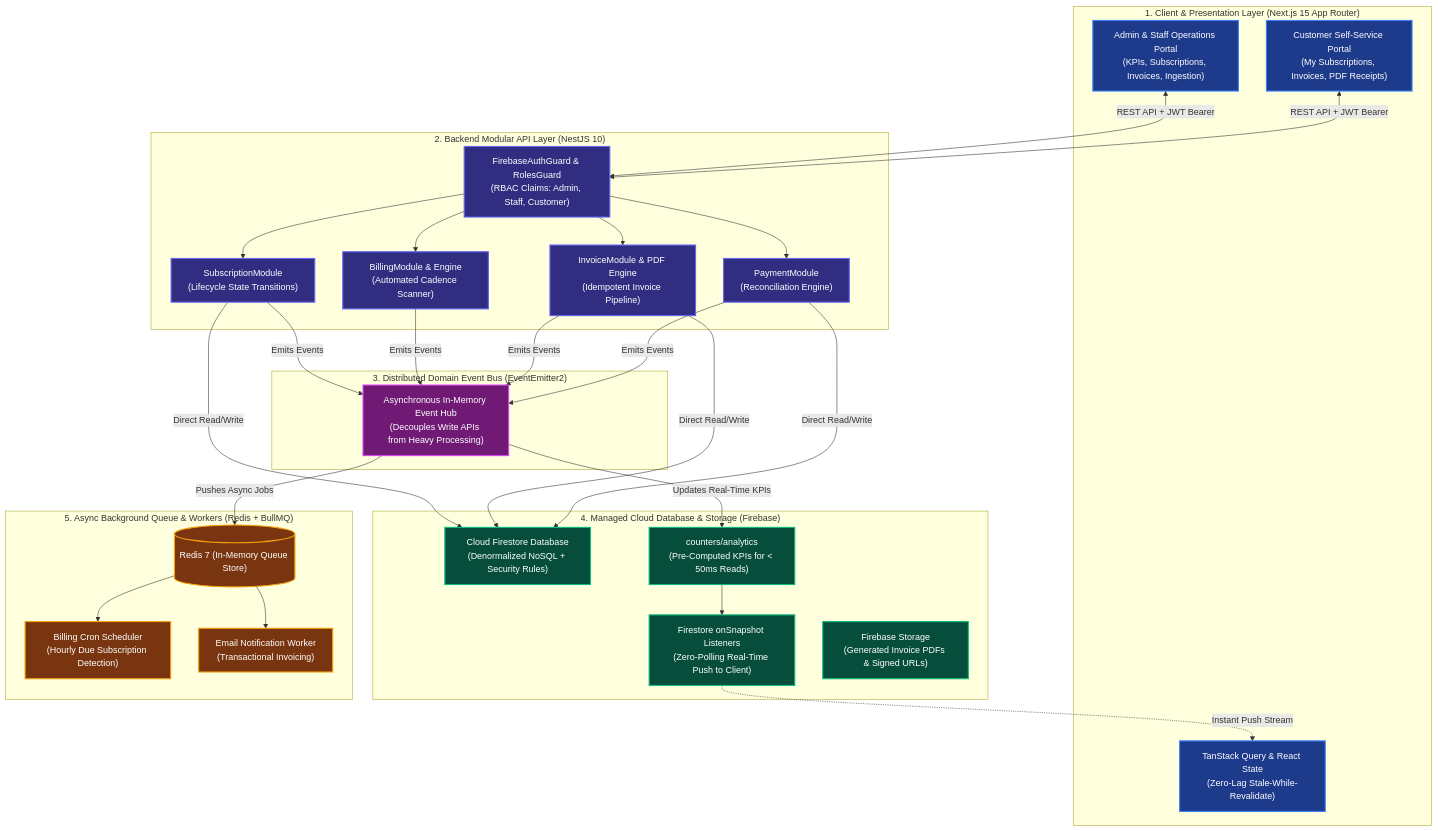
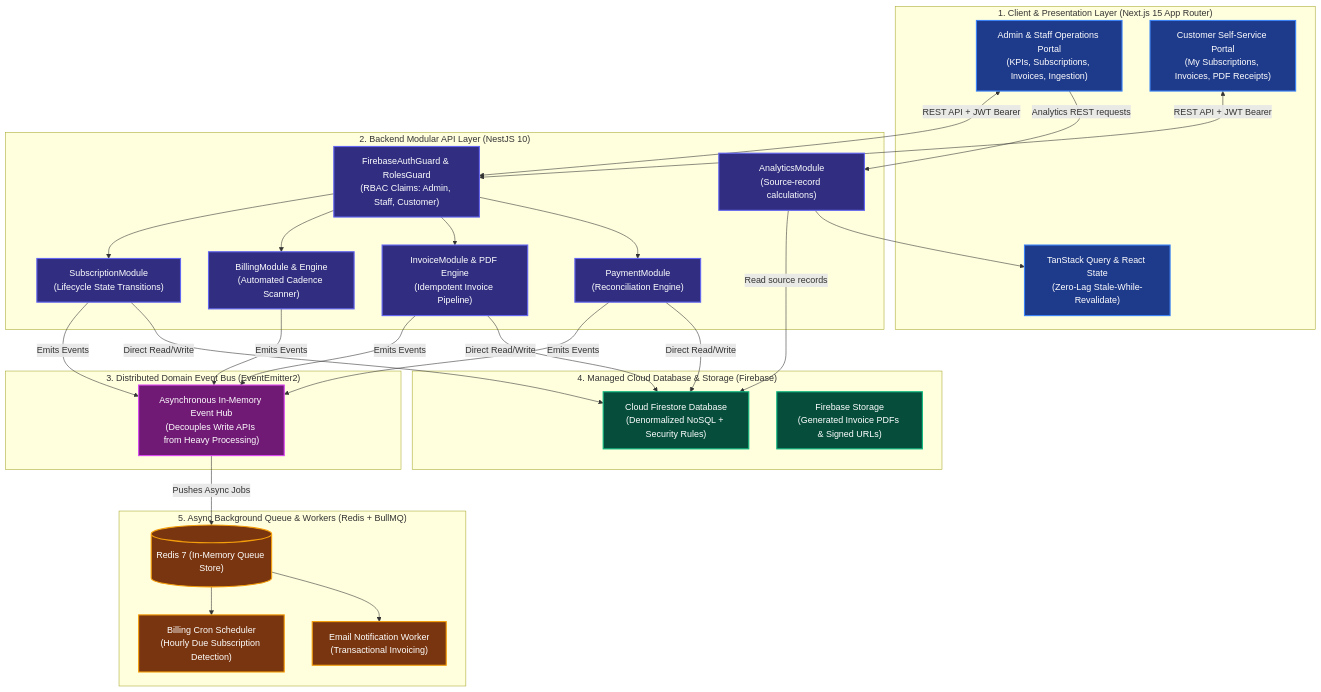
Before and after one commit to anandhukrishnaas1/SubFlow: the first of 3 diagrams in ARCHITECTURE.md, drawn with Mermaid. The commit also changed other lines of this file and 47 other files, not shown here.

````diff
--- a/ARCHITECTURE.md
+++ b/ARCHITECTURE.md
@@ -12,66 +12,65 @@
 ```mermaid
 flowchart TB
     %% Styling Classes
     classDef clientTier fill:#1e3a8a,stroke:#3b82f6,stroke-width:2px,color:#ffffff;
     classDef apiTier fill:#312e81,stroke:#6366f1,stroke-width:2px,color:#ffffff;
     classDef eventTier fill:#701a75,stroke:#d946ef,stroke-width:2px,color:#ffffff;
     classDef dataTier fill:#064e3b,stroke:#10b981,stroke-width:2px,color:#ffffff;
     classDef asyncTier fill:#78350f,stroke:#f59e0b,stroke-width:2px,color:#ffffff;
 
     subgraph CLIENT["1. Client & Presentation Layer (Next.js 15 App Router)"]
         ADMIN_UI["Admin & Staff Operations Portal<br/>(KPIs, Subscriptions, Invoices, Ingestion)"]:::clientTier
         PORTAL_UI["Customer Self-Service Portal<br/>(My Subscriptions, Invoices, PDF Receipts)"]:::clientTier
         QUERY_CACHE["TanStack Query & React State<br/>(Zero-Lag Stale-While-Revalidate)"]:::clientTier
     end
 
     subgraph GATEWAY["2. Backend Modular API Layer (NestJS 10)"]
         AUTH_GUARD["FirebaseAuthGuard & RolesGuard<br/>(RBAC Claims: Admin, Staff, Customer)"]:::apiTier
         SUB_MODULE["SubscriptionModule<br/>(Lifecycle State Transitions)"]:::apiTier
         BILL_MODULE["BillingModule & Engine<br/>(Automated Cadence Scanner)"]:::apiTier
         INV_MODULE["InvoiceModule & PDF Engine<br/>(Idempotent Invoice Pipeline)"]:::apiTier
         PAY_MODULE["PaymentModule<br/>(Reconciliation Engine)"]:::apiTier
+        ANALYTICS["AnalyticsModule<br/>(Source-record calculations)"]:::apiTier
     end
 
     subgraph EVENT_BUS["3. Distributed Domain Event Bus (EventEmitter2)"]
         BUS["Asynchronous In-Memory Event Hub<br/>(Decouples Write APIs from Heavy Processing)"]:::eventTier
     end
 
     subgraph STORAGE["4. Managed Cloud Database & Storage (Firebase)"]
         FIRESTORE["Cloud Firestore Database<br/>(Denormalized NoSQL + Security Rules)"]:::dataTier
-        COUNTERS["counters/analytics<br/>(Pre-Computed KPIs for < 50ms Reads)"]:::dataTier
-        LIVE_STREAM["Firestore onSnapshot Listeners<br/>(Zero-Polling Real-Time Push to Client)"]:::dataTier
         PDF_STORAGE["Firebase Storage<br/>(Generated Invoice PDFs & Signed URLs)"]:::dataTier
     end
 
     subgraph WORKERS["5. Async Background Queue & Workers (Redis + BullMQ)"]
         REDIS[("Redis 7 (In-Memory Queue Store)")]:::asyncTier
         CRON["Billing Cron Scheduler<br/>(Hourly Due Subscription Detection)"]:::asyncTier
         EMAIL_WORKER["Email Notification Worker<br/>(Transactional Invoicing)"]:::asyncTier
     end
 
     %% Flow Connections
     ADMIN_UI <-->|REST API + JWT Bearer| AUTH_GUARD
     PORTAL_UI <-->|REST API + JWT Bearer| AUTH_GUARD
-    LIVE_STREAM -.->|Instant Push Stream| QUERY_CACHE
+    ADMIN_UI -->|Analytics REST requests| ANALYTICS
+    ANALYTICS -->|Read source records| FIRESTORE
+    ANALYTICS --> QUERY_CACHE
 
     AUTH_GUARD --> SUB_MODULE
     AUTH_GUARD --> BILL_MODULE
     AUTH_GUARD --> INV_MODULE
     AUTH_GUARD --> PAY_MODULE
 
     SUB_MODULE -->|Emits Events| BUS
     BILL_MODULE -->|Emits Events| BUS
     INV_MODULE -->|Emits Events| BUS
     PAY_MODULE -->|Emits Events| BUS
 
     SUB_MODULE -->|Direct Read/Write| FIRESTORE
     INV_MODULE -->|Direct Read/Write| FIRESTORE
     PAY_MODULE -->|Direct Read/Write| FIRESTORE
 
-    BUS -->|Updates Real-Time KPIs| COUNTERS
     BUS -->|Pushes Async Jobs| REDIS
     REDIS --> CRON
     REDIS --> EMAIL_WORKER
 
-    COUNTERS --> LIVE_STREAM
 ```
````
